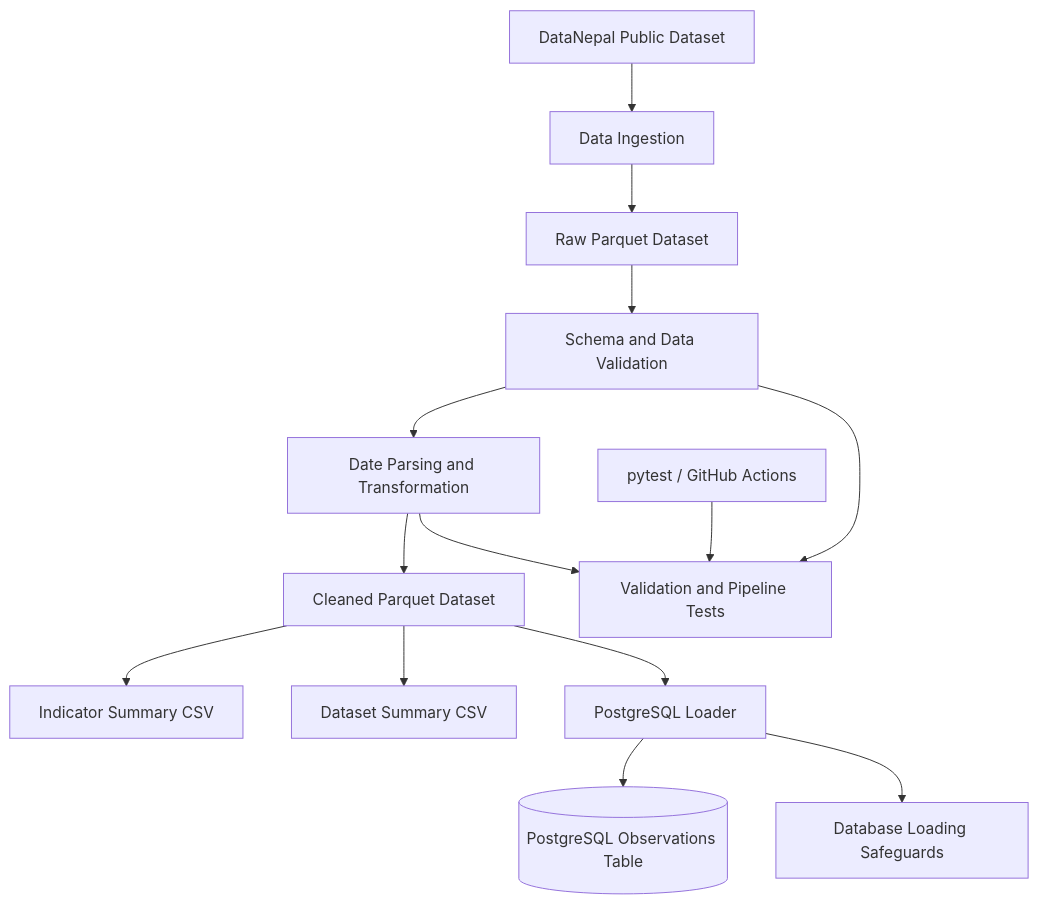
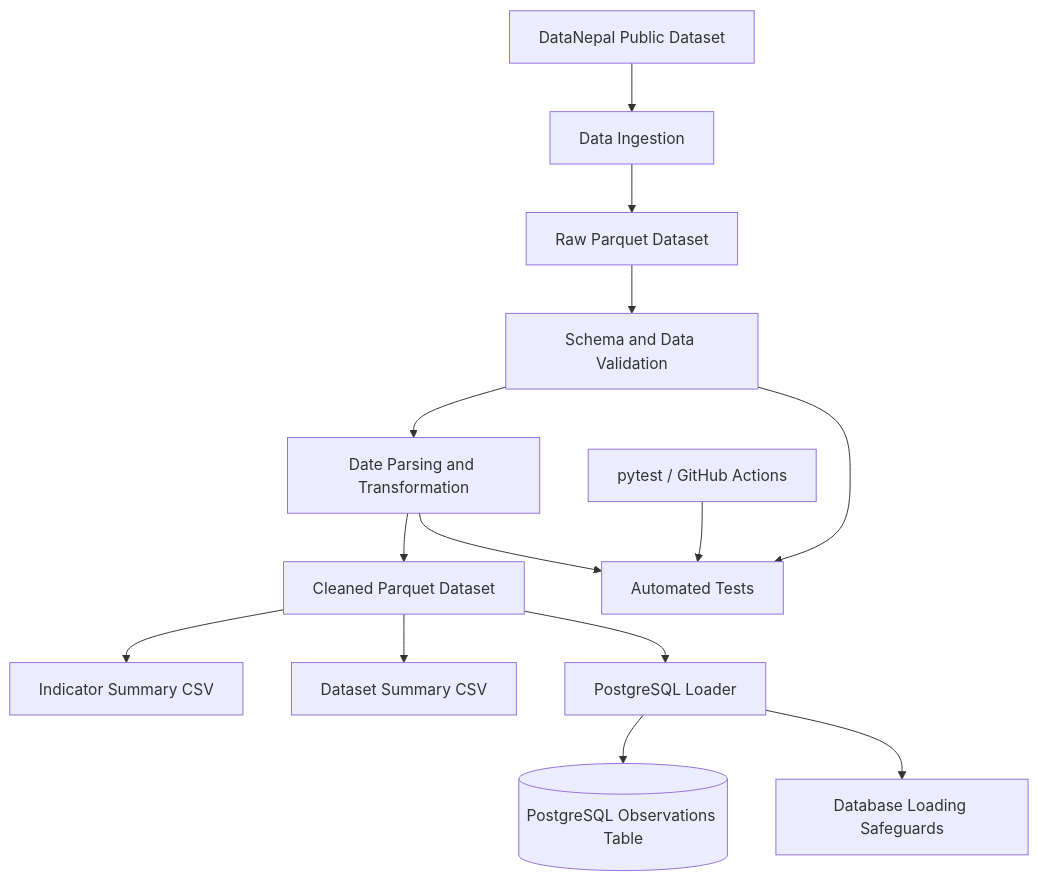
One commit to manish11111111/nepal-data-pipeline changed the diagram in README.md. Above: the diagram before and after it, drawn with Mermaid. The commit also changed other lines of this file, not shown here.

````diff
--- a/README.md
+++ b/README.md
@@ -73,16 +77,16 @@
 ```mermaid
 flowchart TD
     A["DataNepal Public Dataset"] --> B["Data Ingestion"]
     B --> C["Raw Parquet Dataset"]
     C --> D["Schema and Data Validation"]
     D --> E["Date Parsing and Transformation"]
     E --> F["Cleaned Parquet Dataset"]
     F --> G["Indicator Summary CSV"]
     F --> H["Dataset Summary CSV"]
     F --> I["PostgreSQL Loader"]
     I --> J[("PostgreSQL Observations Table")]
-    D --> K["Validation and Pipeline Tests"]
-    E --> K
-    I --> L["Database Loading Safeguards"]
-    M["pytest / GitHub Actions"] --> K
+    K["pytest / GitHub Actions"] --> L["Automated Tests"]
+    D --> L
+    E --> L
+    I --> M["Database Loading Safeguards"]
 ```
````
